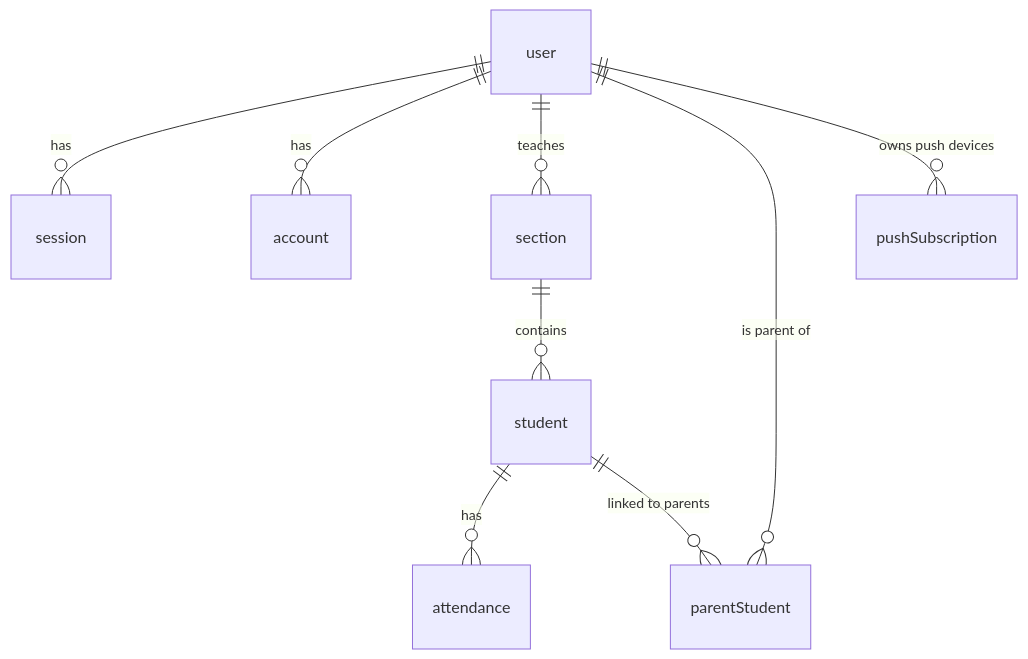
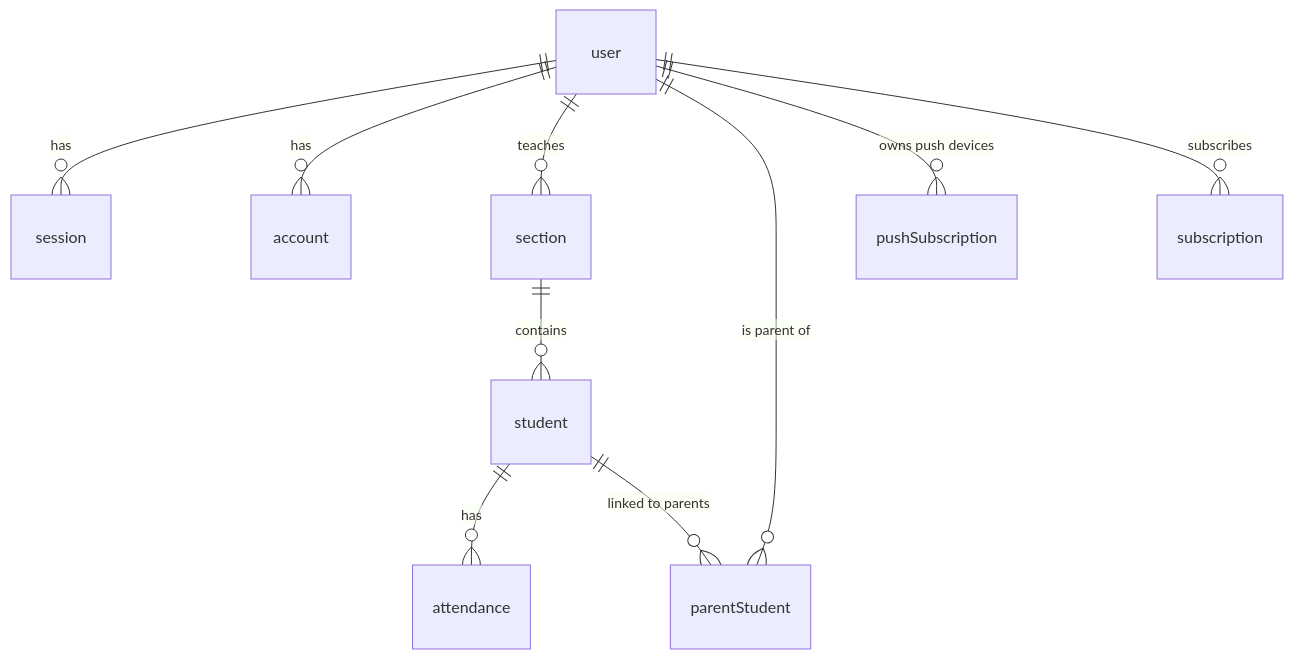
The diagram in backend/SYSTEM-DESIGN.md (Zerodayu/qr-attendns), drawn with Mermaid before and after one commit. The commit also changed other lines of this file and 2 other files, not shown here.

````diff
--- a/backend/SYSTEM-DESIGN.md
+++ b/backend/SYSTEM-DESIGN.md
@@ -218,12 +249,13 @@
 ```mermaid
 erDiagram
     user ||--o{ session : has
     user ||--o{ account : has
     user ||--o{ section : teaches
     user ||--o{ parentStudent : "is parent of"
     user ||--o{ pushSubscription : "owns push devices"
+    user ||--o{ subscription : subscribes
 
     section ||--o{ student : contains
     student ||--o{ attendance : has
     student ||--o{ parentStudent : "linked to parents"
 ```
````
